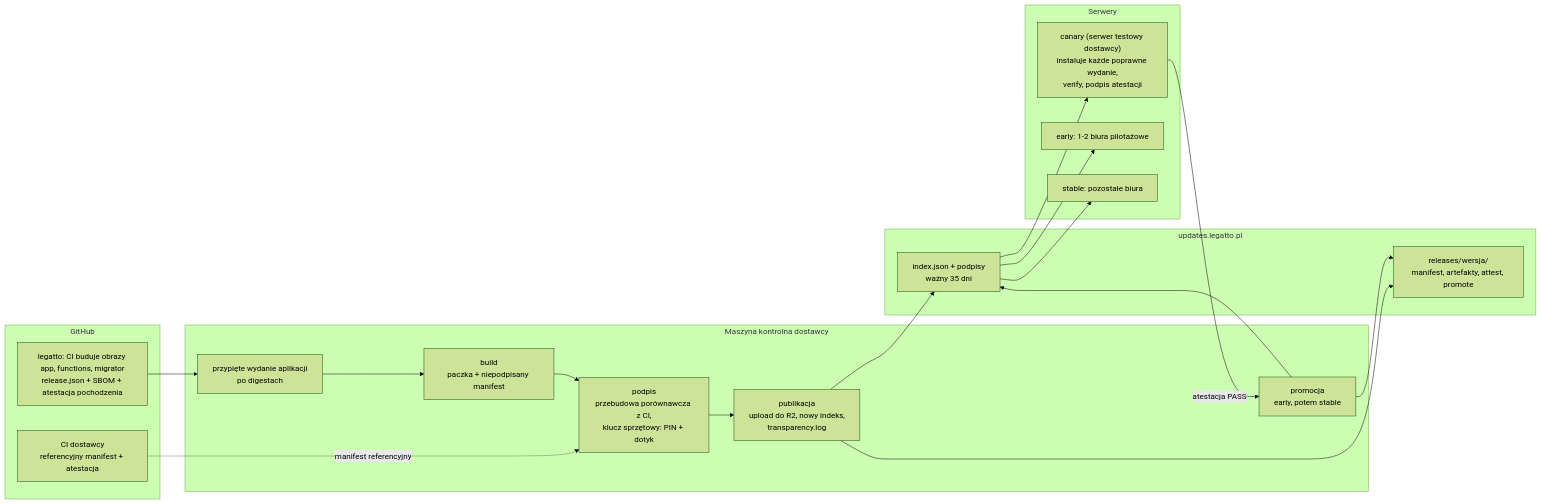
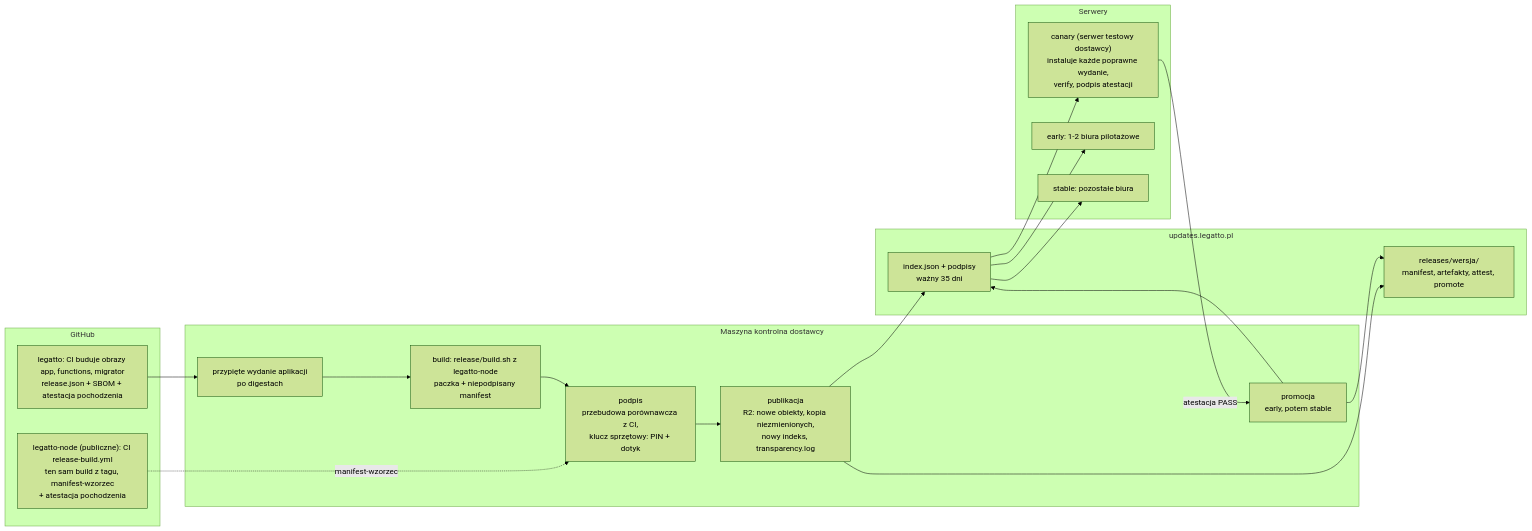
One commit to JakubLog/legatto-node changed the seventh of 9 diagrams in docs/ARCHITECTURE.md. Above: the diagram before and after it, drawn with Mermaid (forest theme). The commit also changed other lines of this file and 82 other files, not shown here.

````diff
--- a/docs/ARCHITECTURE.md
+++ b/docs/ARCHITECTURE.md
@@ -275,36 +274,36 @@
 ```mermaid
 flowchart LR
   subgraph repos["GitHub"]
     app["legatto: CI buduje obrazy app, functions, migrator<br/>release.json + SBOM + atestacja pochodzenia"]
-    infra["CI dostawcy<br/>referencyjny manifest + atestacja"]
+    nodeci["legatto-node (publiczne): CI release-build.yml<br/>ten sam build z tagu, manifest-wzorzec<br/>+ atestacja pochodzenia"]
   end
 
   subgraph ctl["Maszyna kontrolna dostawcy"]
     lock["przypięte wydanie aplikacji<br/>po digestach"]
-    build["build<br/>paczka + niepodpisany manifest"]
+    build["build: release/build.sh z legatto-node<br/>paczka + niepodpisany manifest"]
     sign["podpis<br/>przebudowa porównawcza z CI,<br/>klucz sprzętowy: PIN + dotyk"]
-    publish["publikacja<br/>upload do R2, nowy indeks,<br/>transparency.log"]
+    publish["publikacja<br/>R2: nowe obiekty, kopia niezmienionych,<br/>nowy indeks, transparency.log"]
     promote["promocja<br/>early, potem stable"]
   end
 
   subgraph hosting["updates.legatto.pl"]
     idx["index.json + podpisy<br/>ważny 35 dni"]
     rel["releases/wersja/<br/>manifest, artefakty, attest, promote"]
   end
 
   subgraph servers["Serwery"]
     canary["canary (serwer testowy dostawcy)<br/>instaluje każde poprawne wydanie,<br/>verify, podpis atestacji"]
     early["early: 1-2 biura pilotażowe"]
     stable["stable: pozostałe biura"]
   end
 
   app --> lock --> build --> sign --> publish --> idx
   publish --> rel
-  infra -.->|"manifest referencyjny"| sign
+  nodeci -.->|"manifest-wzorzec"| sign
   idx --> canary
   canary -->|"atestacja PASS"| promote
   promote --> rel
   promote --> idx
   idx --> early
   idx --> stable
 ```
````
